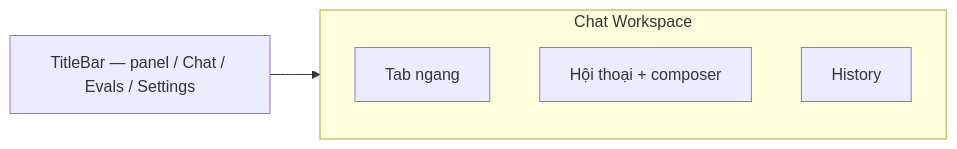
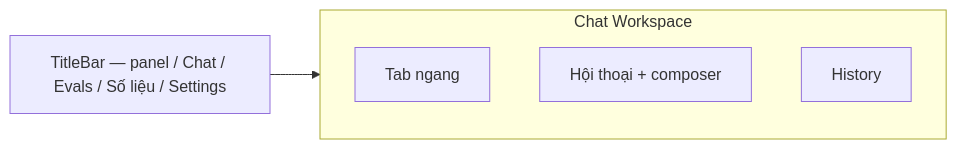
One commit to walongdogiang/silence-platform changed the diagram in docs/frontend/layout.md. Above: the diagram before and after it, drawn with Mermaid. The commit also changed other lines of this file and 21 other files, not shown here.

````diff
--- a/docs/frontend/layout.md
+++ b/docs/frontend/layout.md
@@ -20,10 +20,10 @@
 ```mermaid
 flowchart LR
-  TB[TitleBar — panel / Chat / Evals / Settings]
+  TB[TitleBar — panel / Chat / Evals / Số liệu / Settings]
   subgraph chat [Chat Workspace]
     TAB[Tab ngang]
     WS[Hội thoại + composer]
     HZ[History]
   end
   TB --> chat
 ```
````
